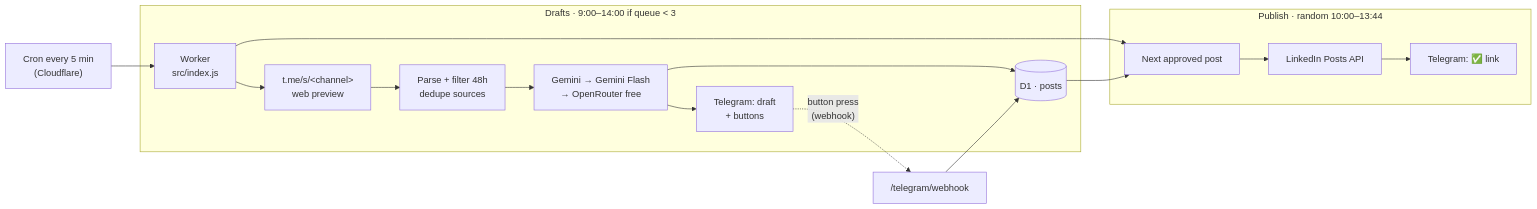
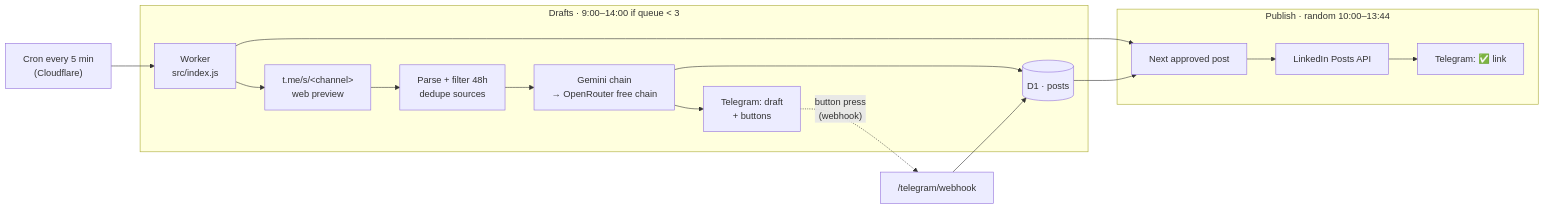
One commit to konorque/linkedin-autoposter changed the diagram in README.md. Above: the diagram before and after it, drawn with Mermaid. The commit also changed other lines of this file and 6 other files, not shown here.

````diff
--- a/README.md
+++ b/README.md
@@ -24,22 +26,22 @@
 ```mermaid
 flowchart LR
     CRON["Cron every 5 min<br/>(Cloudflare)"] --> W["Worker<br/>src/index.js"]
 
     subgraph Drafts["Drafts · 9:00–14:00 if queue &lt; 3"]
         W --> TG_SRC["t.me/s/&lt;channel&gt;<br/>web preview"]
         TG_SRC --> PARSE["Parse + filter 48h<br/>dedupe sources"]
-        PARSE --> AI["Gemini → Gemini Flash<br/>→ OpenRouter free"]
+        PARSE --> AI["Gemini chain<br/>→ OpenRouter free chain"]
         AI --> DB[("D1 · posts")]
         AI --> BOT["Telegram: draft<br/>+ buttons"]
     end
 
     BOT -. "button press<br/>(webhook)" .-> HOOK["/telegram/webhook"]
     HOOK --> DB
 
     subgraph Publish["Publish · random 10:00–13:44"]
         W --> NEXT["Next approved post"]
         DB --> NEXT
         NEXT --> LI["LinkedIn Posts API"]
         LI --> NOTIFY["Telegram: ✅ link"]
     end
 ```
````
